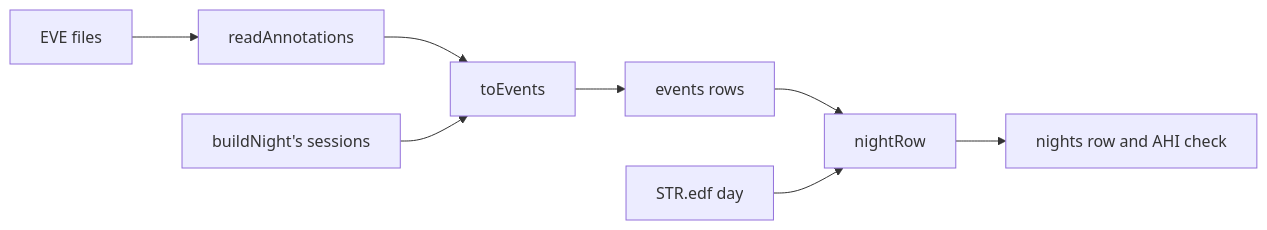
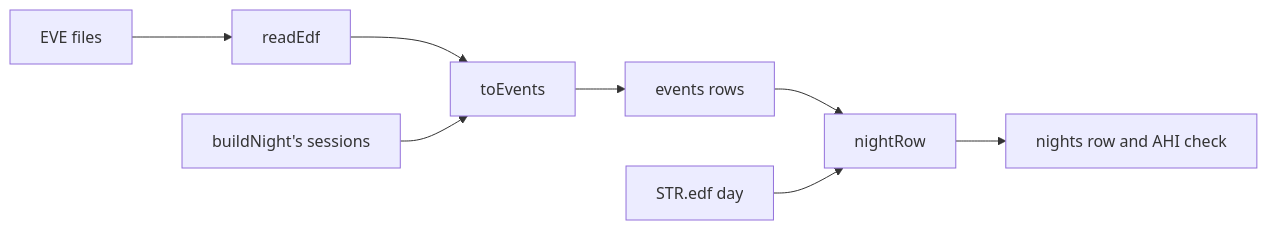
One commit to bojanrajkovic/airway changed the fourth of 4 diagrams in docs/ingest.md. Above: the diagram before and after it, drawn with Mermaid. The commit also changed other lines of this file and 8 other files, not shown here.

First line of the commit message:
feat(edf): read a whole file with readEdf (#263)

````diff
--- a/docs/ingest.md
+++ b/docs/ingest.md
@@ -177,10 +196,10 @@
 ```mermaid
 flowchart LR
-  eve["EVE files"] --> read["readAnnotations"]
+  eve["EVE files"] --> read["readEdf"]
   read --> toEvents
   sessions["buildNight's sessions"] --> toEvents
   toEvents --> rows["events rows"]
   rows --> nightRow
   day["STR.edf day"] --> nightRow
   nightRow --> night["nights row and AHI check"]
 ```
````
